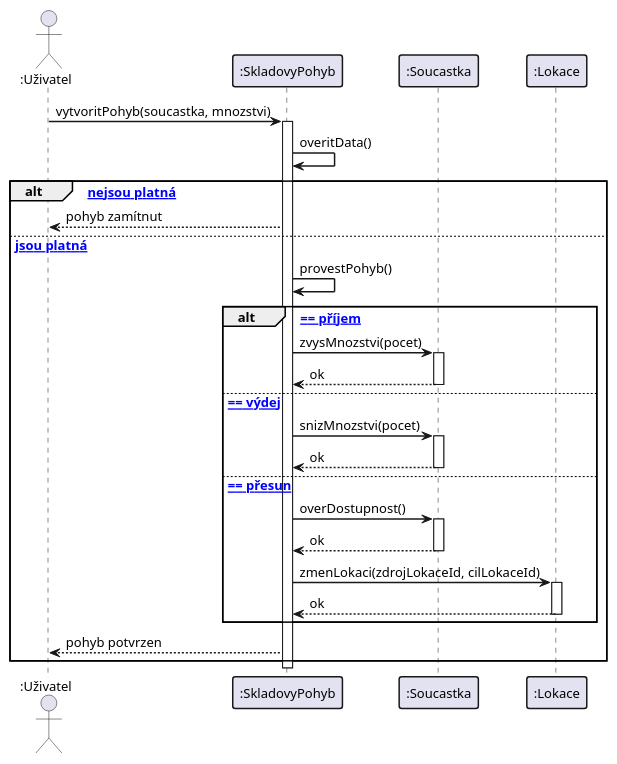
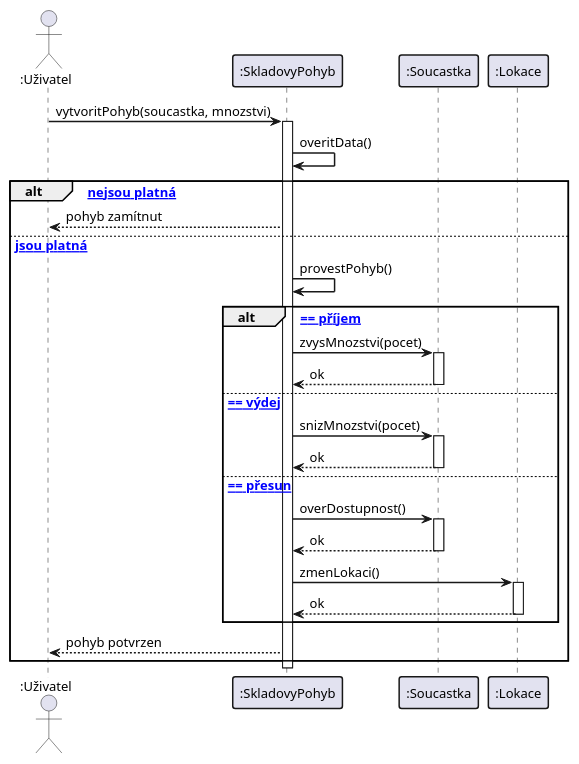
The diagram in diagrams/13_sequence_pohyb.puml (lkvapil/kOdevzdaniProjektWMS), drawn with PlantUML before and after one commit. The commit also changed 1 other file, not shown here.

Commit message:
Konzistence – zmenLokaci() bez parametrů všude

```diff
--- a/diagrams/13_sequence_pohyb.puml
+++ b/diagrams/13_sequence_pohyb.puml
@@ -1,51 +1,51 @@
 @startuml
 skinparam defaultFontSize 13
 skinparam sequenceArrowThickness 1.5
 skinparam sequenceParticipantBorderThickness 1.5
 skinparam sequenceGroupBorderThickness 1.5
 
 actor ":Uživatel" as Uzivatel
 participant ":SkladovyPohyb" as Pohyb
 participant ":Soucastka" as Soucastka
 participant ":Lokace" as Lokace
 
 Uzivatel -> Pohyb : vytvoritPohyb(soucastka, mnozstvi)
 activate Pohyb
 
 Pohyb -> Pohyb : overitData()
 
 alt [data nejsou platná]
     Pohyb --> Uzivatel : pohyb zamítnut
 
 else [data jsou platná]
     Pohyb -> Pohyb : provestPohyb()
 
     alt [typ == příjem]
         Pohyb -> Soucastka : zvysMnozstvi(pocet)
         activate Soucastka
         Soucastka --> Pohyb : ok
         deactivate Soucastka
 
     else [typ == výdej]
         Pohyb -> Soucastka : snizMnozstvi(pocet)
         activate Soucastka
         Soucastka --> Pohyb : ok
         deactivate Soucastka
 
     else [typ == přesun]
         Pohyb -> Soucastka : overDostupnost()
         activate Soucastka
         Soucastka --> Pohyb : ok
         deactivate Soucastka
-        Pohyb -> Lokace : zmenLokaci(zdrojLokaceId, cilLokaceId)
+        Pohyb -> Lokace : zmenLokaci()
         activate Lokace
         Lokace --> Pohyb : ok
         deactivate Lokace
     end
 
     Pohyb --> Uzivatel : pohyb potvrzen
 end
 
 deactivate Pohyb
 
 @enduml
```
